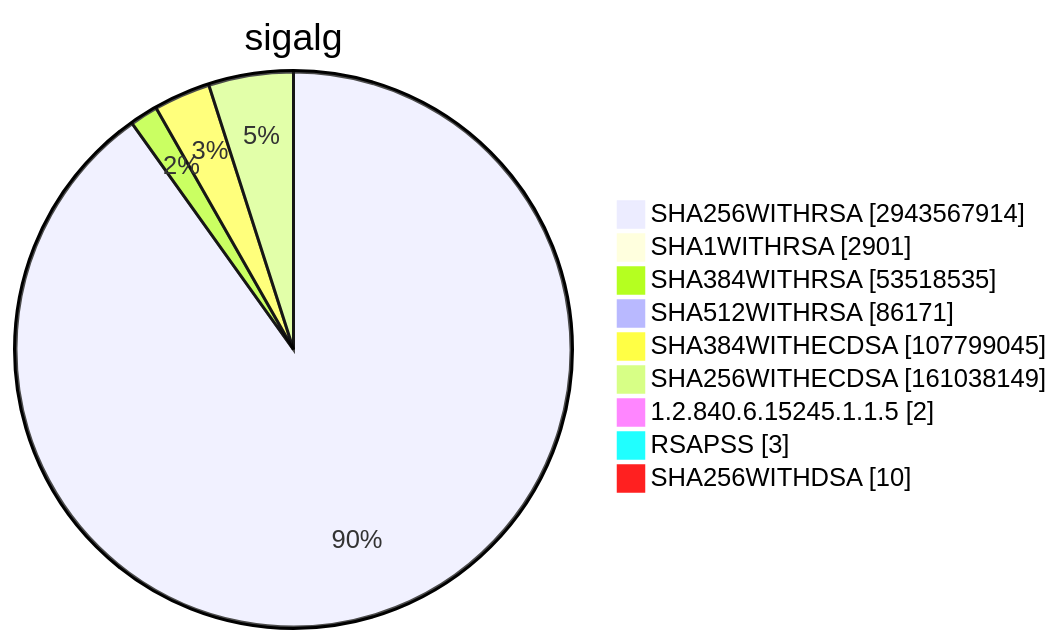
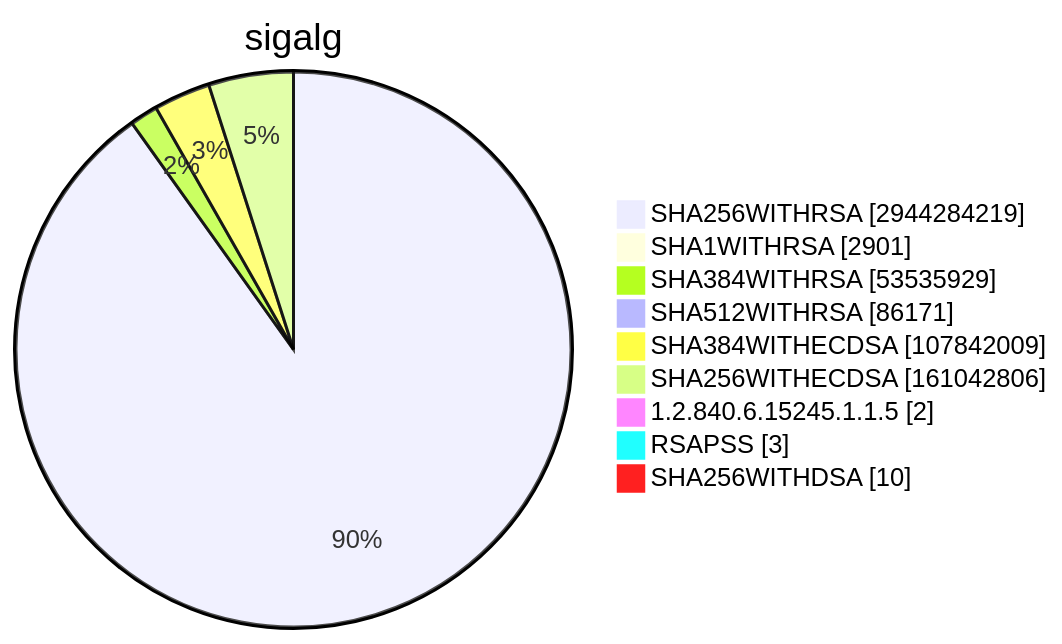
Before and after one commit to christiankrug/ctmonitor_visualization: diagram 15 of 15 in TOTAL/README.md, drawn with Mermaid. The commit also changed other lines of this file, not shown here.

````diff
--- a/TOTAL/README.md
+++ b/TOTAL/README.md
@@ -6207,13 +6207,13 @@
 ```mermaid
 pie showData
 title sigalg
-"SHA256WITHRSA" :2943567914
+"SHA256WITHRSA" :2944284219
 "SHA1WITHRSA" :2901
-"SHA384WITHRSA" :53518535
+"SHA384WITHRSA" :53535929
 "SHA512WITHRSA" :86171
-"SHA384WITHECDSA" :107799045
-"SHA256WITHECDSA" :161038149
+"SHA384WITHECDSA" :107842009
+"SHA256WITHECDSA" :161042806
 "1.2.840.6.15245.1.1.5" :2
 "RSAPSS" :3
 "SHA256WITHDSA" :10
 ```
````
